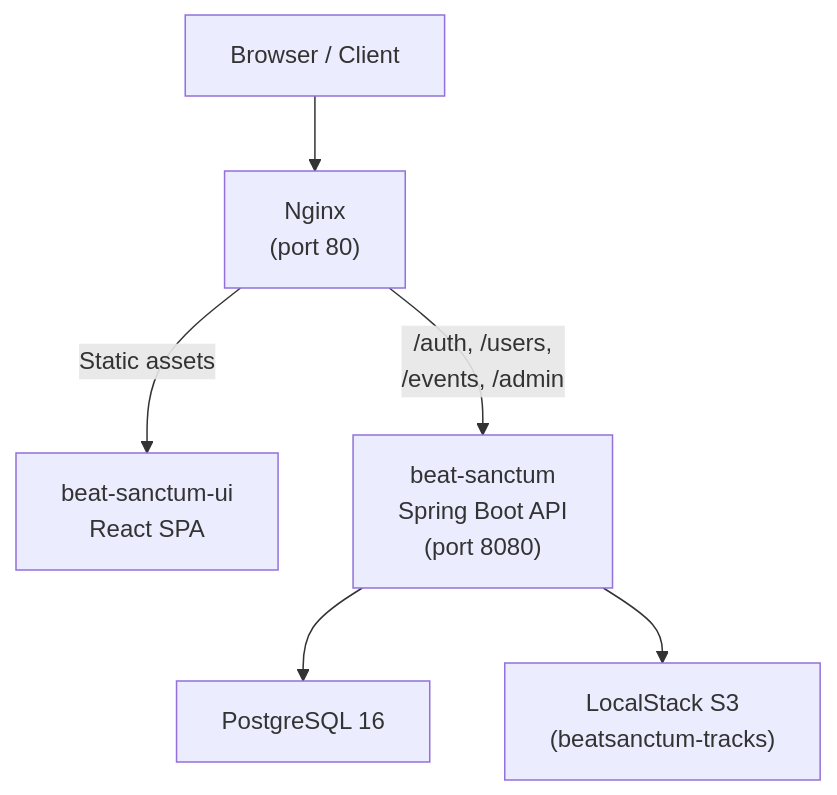
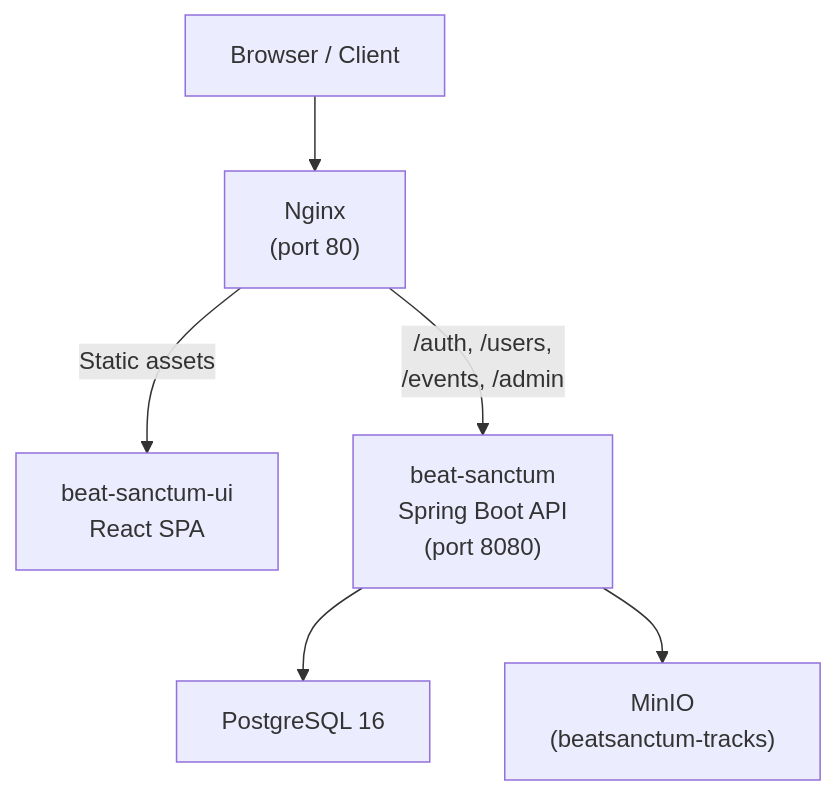
Before and after one commit to bemusedPenguin/beat-sanctum: the first of 3 diagrams in README.md, drawn with Mermaid. The commit also changed other lines of this file and 1 other file, not shown here.

````diff
--- a/README.md
+++ b/README.md
@@ -7,15 +7,15 @@
 ```mermaid
 graph TD
     Browser["Browser / Client"]
     Nginx["Nginx\n(port 80)"]
     UI["beat-sanctum-ui\nReact SPA"]
     API["beat-sanctum\nSpring Boot API\n(port 8080)"]
     PG["PostgreSQL 16"]
-    S3["LocalStack S3\n(beatsanctum-tracks)"]
+    S3["MinIO\n(beatsanctum-tracks)"]
 
     Browser --> Nginx
     Nginx -->|"Static assets"| UI
     Nginx -->|"/auth, /users,\n/events, /admin"| API
     API --> PG
     API --> S3
 ```
````
